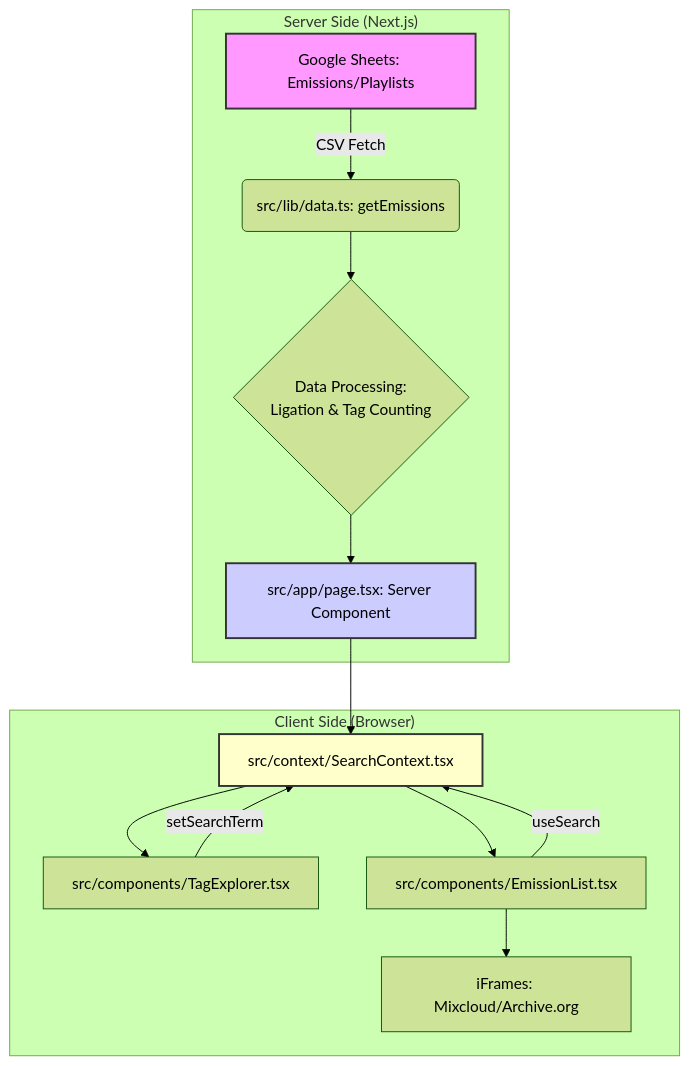
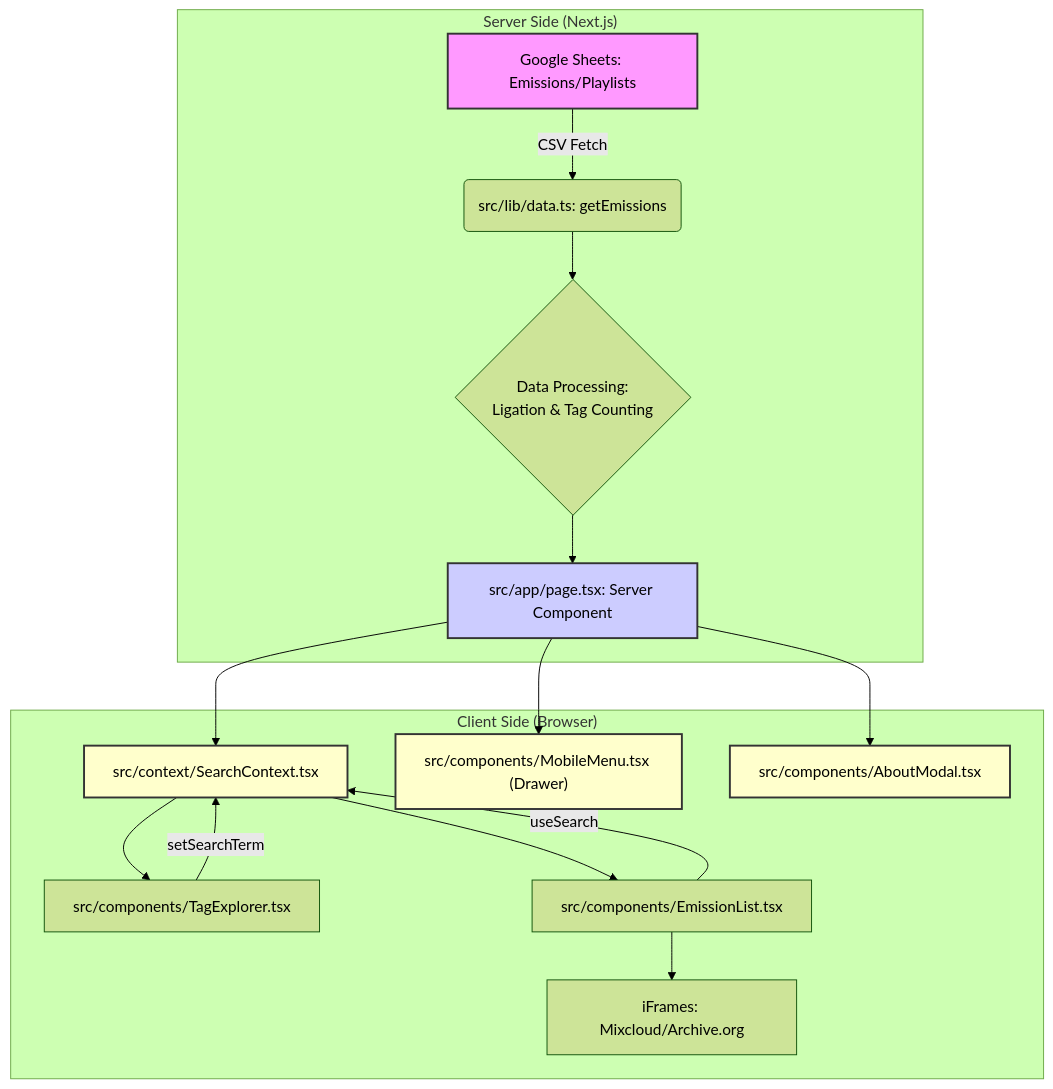
The diagram in ARCHITECTURE.md (tolliug-hue/tupi-or-not), drawn with Mermaid (forest theme) before and after one commit. The commit also changed other lines of this file, not shown here.

Commit message:
Docs: Update architecture diagram and UX strategy for Sprint 14

````diff
--- a/ARCHITECTURE.md
+++ b/ARCHITECTURE.md
@@ -6,23 +6,25 @@
 ```mermaid
 flowchart TD
     %% Définition des styles (Classes)
     classDef source fill:#f9f,stroke:#333,stroke-width:2px;
     classDef server fill:#ccf,stroke:#333,stroke-width:2px;
     classDef client fill:#ffc,stroke:#333,stroke-width:2px;
 
     subgraph Server ["Server Side (Next.js)"]
         %% :::source applique la classe 'source' au noeud A
         A["Google Sheets: Emissions/Playlists"]:::source -->|CSV Fetch| B("src/lib/data.ts: getEmissions")
         B --> C{"Data Processing:<br/>Ligation & Tag Counting"}
         C --> D["src/app/page.tsx: Server Component"]:::server
     end
 
     subgraph Client ["Client Side (Browser)"]
         D --> E["src/context/SearchContext.tsx"]:::client
+        D --> I["src/components/MobileMenu.tsx (Drawer)"]:::client
+        D --> J["src/components/AboutModal.tsx"]:::client
         E --> F["src/components/TagExplorer.tsx"]
         E --> G["src/components/EmissionList.tsx"]
         F -->|setSearchTerm| E
         G -->|useSearch| E
         G --> H["iFrames: Mixcloud/Archive.org"]
     end
 ```
````
